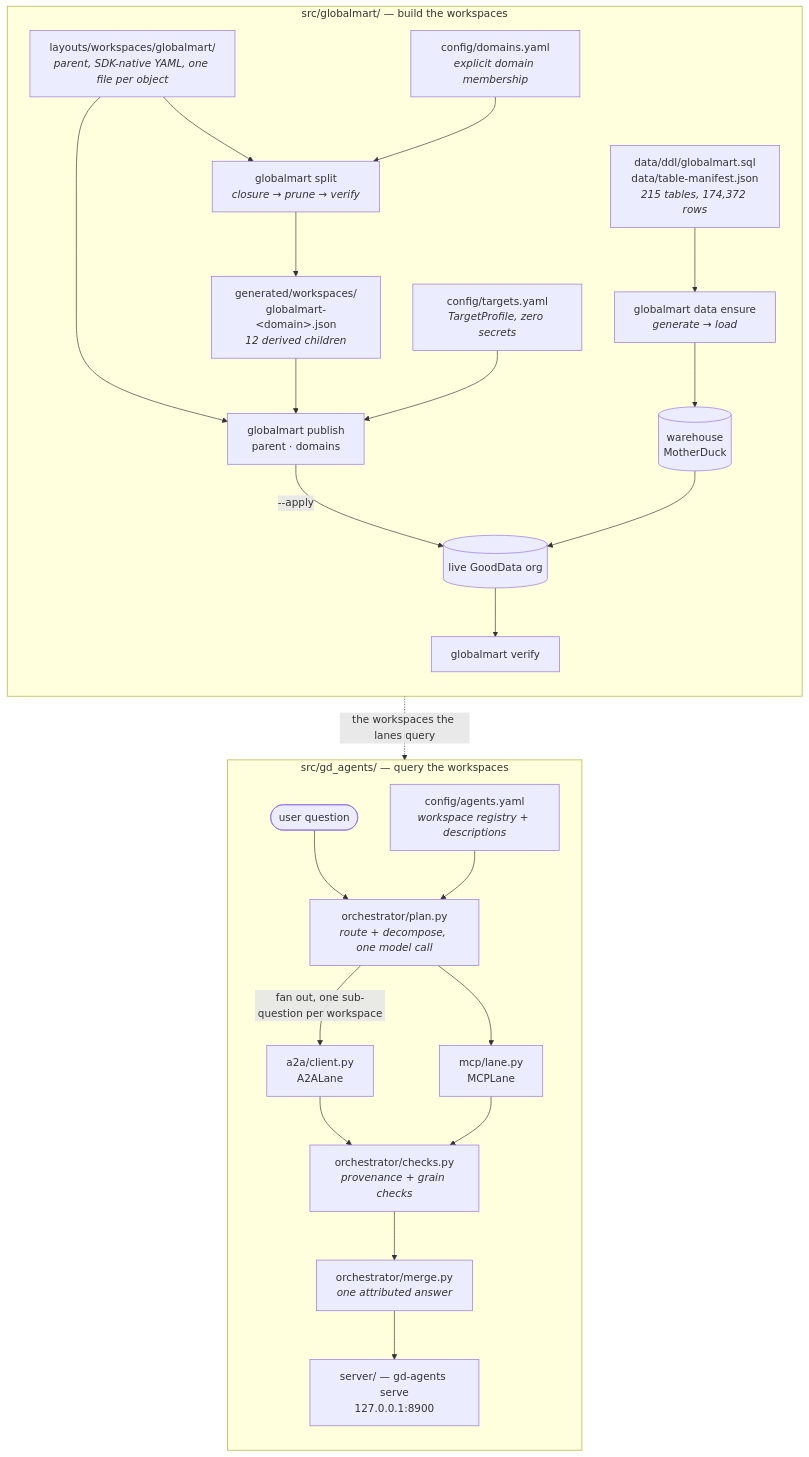
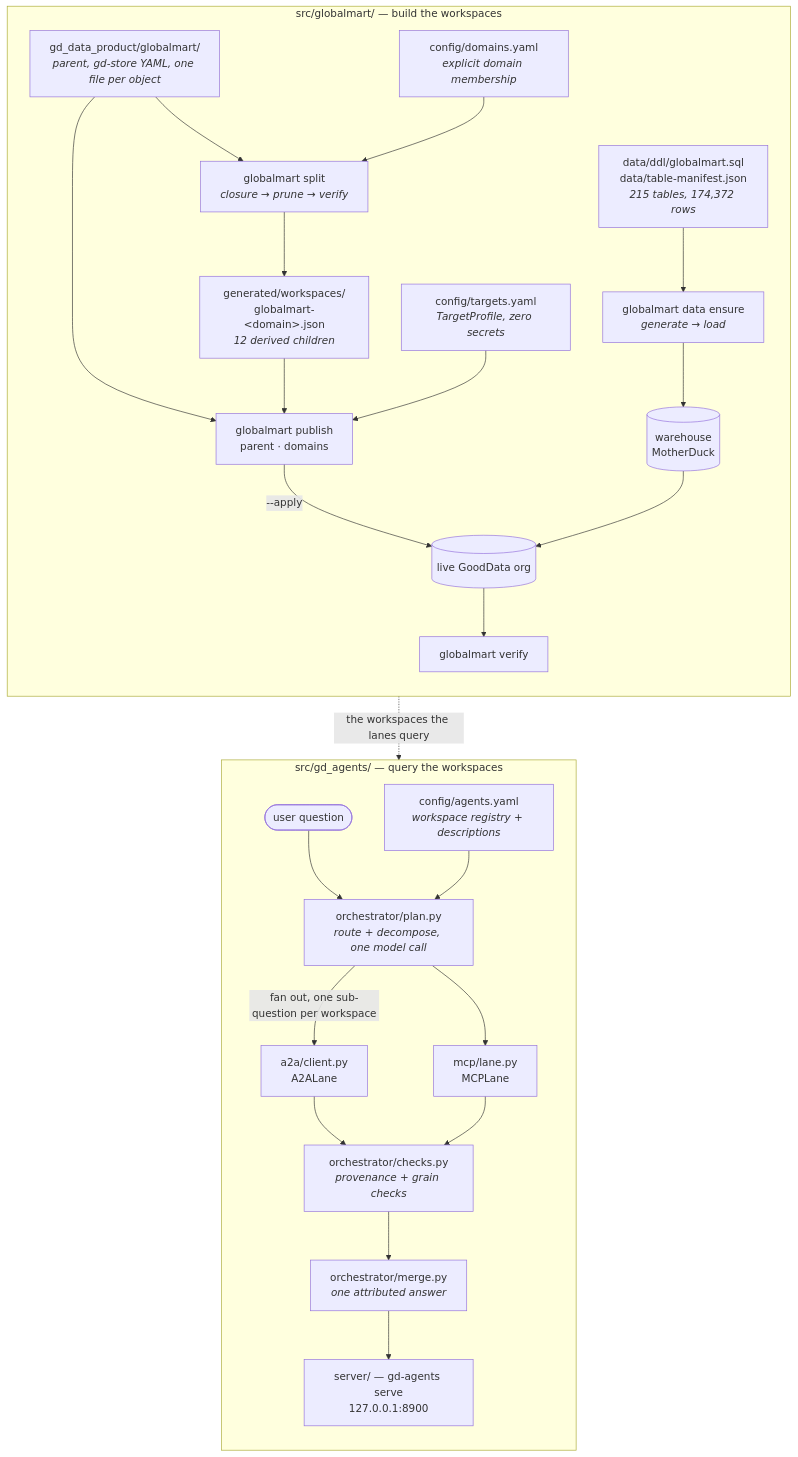
Before and after one commit to Tomkess/gdc-globalmart: the diagram in README.md, drawn with Mermaid. The commit also changed other lines of this file and 11 other files, not shown here.

````diff
--- a/README.md
+++ b/README.md
@@ -26,50 +26,50 @@
 ```mermaid
 flowchart TB
   subgraph build["src/globalmart/ — build the workspaces"]
     direction TB
-    L["layouts/workspaces/globalmart/<br/><i>parent, SDK-native YAML, one file per object</i>"]
+    L["gd_data_product/globalmart/<br/><i>parent, gd-store YAML, one file per object</i>"]
     DM["config/domains.yaml<br/><i>explicit domain membership</i>"]
     SP["globalmart split<br/><i>closure → prune → verify</i>"]
     GEN["generated/workspaces/<br/>globalmart-&lt;domain&gt;.json<br/><i>12 derived children</i>"]
     DDL["data/ddl/globalmart.sql<br/>data/table-manifest.json<br/><i>215 tables, 174,372 rows</i>"]
     DL["globalmart data ensure<br/><i>generate → load</i>"]
     WH[("warehouse<br/>MotherDuck")]
     TG["config/targets.yaml<br/><i>TargetProfile, zero secrets</i>"]
     PUB["globalmart publish<br/>parent · domains"]
     VER["globalmart verify"]
     ORG[("live GoodData org")]
 
     L --> SP
     DM --> SP
     SP --> GEN
     DDL --> DL --> WH
     L --> PUB
     GEN --> PUB
     TG --> PUB
     PUB -->|--apply| ORG
     WH --> ORG
     ORG --> VER
   end
 
   subgraph ask["src/gd_agents/ — query the workspaces"]
     direction TB
     REG["config/agents.yaml<br/><i>workspace registry + descriptions</i>"]
     Q(["user question"])
     PLAN["orchestrator/plan.py<br/><i>route + decompose, one model call</i>"]
     A2A["a2a/client.py<br/>A2ALane"]
     MCP["mcp/lane.py<br/>MCPLane"]
     CHK["orchestrator/checks.py<br/><i>provenance + grain checks</i>"]
     MRG["orchestrator/merge.py<br/><i>one attributed answer</i>"]
     UI["server/ — gd-agents serve<br/>127.0.0.1:8900"]
 
     Q --> PLAN
     REG --> PLAN
     PLAN -->|fan out, one sub-question per workspace| A2A
     PLAN --> MCP
     A2A --> CHK
     MCP --> CHK
     CHK --> MRG --> UI
   end
 
   ORG -.->|the workspaces the lanes query| REG
 ```
````
